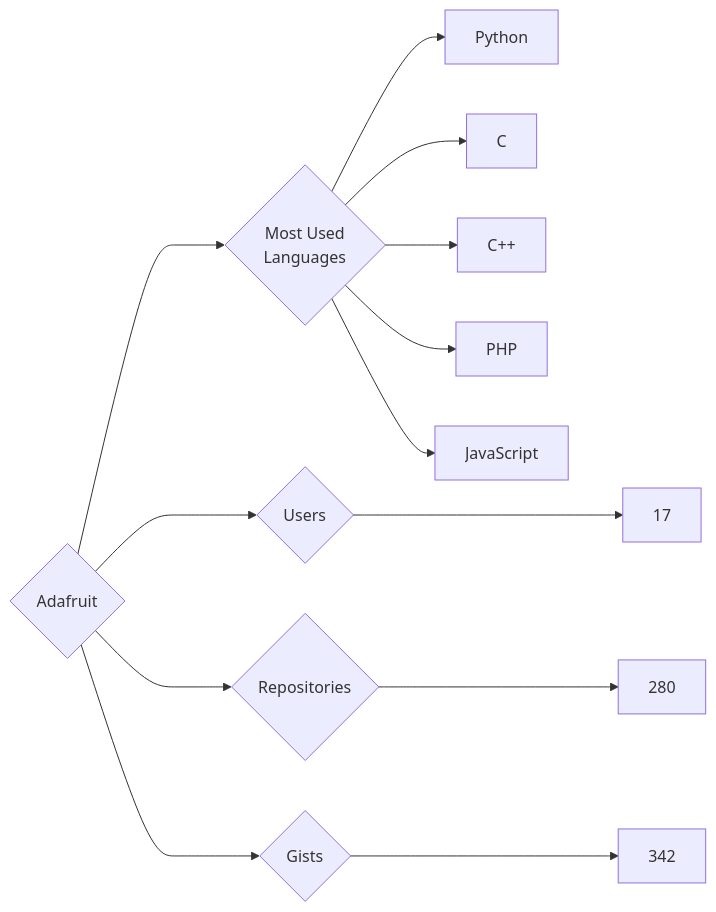
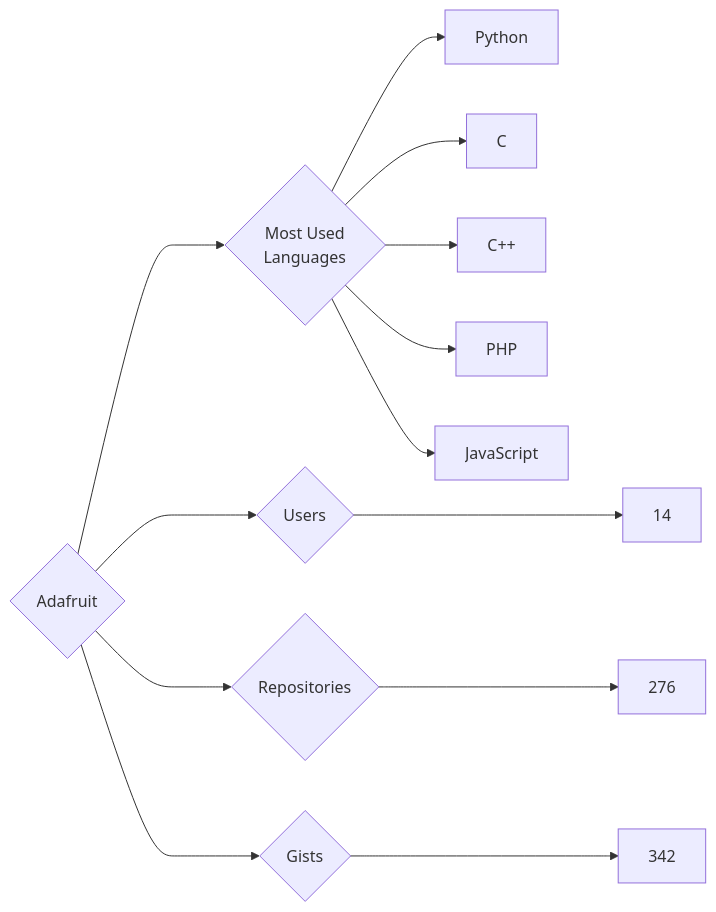
One commit to trickest/insiders changed the diagram in targets/Adafruit/README.md. Above: the diagram before and after it, drawn with Mermaid. The commit also changed 894 other files, not shown here.

````diff
--- a/targets/Adafruit/README.md
+++ b/targets/Adafruit/README.md
@@ -3,13 +3,13 @@
 ```mermaid
 graph LR
 COMPANY_NAME{Adafruit}
-COMPANY_NAME ---> U{Users} ---> UN[17]
-COMPANY_NAME ---> R{Repositories} ---> RN[280]
+COMPANY_NAME ---> U{Users} ---> UN[14]
+COMPANY_NAME ---> R{Repositories} ---> RN[276]
 COMPANY_NAME ---> G{Gists} ---> GN[342]
 COMPANY_NAME ---> ML{Most Used<br>Languages}
 ML --> Python[Python]
 ML --> C[C]
 ML --> C++[C++]
 ML --> PHP[PHP]
 ML --> JavaScript[JavaScript]
 ```
````
